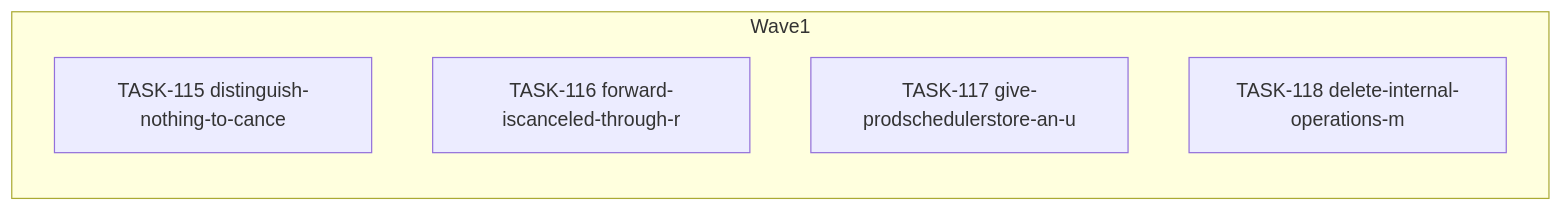
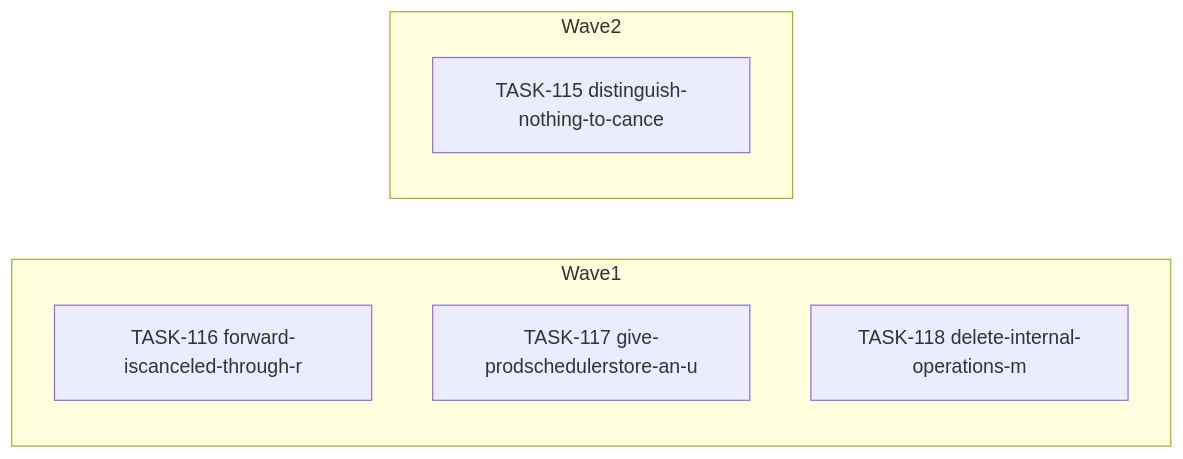
The diagram in docs/agent-tasks/todo-completion/operations/orchestration.md (falkcorp/audiobook-organizer), drawn with Mermaid before and after one commit. The commit also changed other lines of this file and 325 other files, not shown here.

````diff
--- a/docs/agent-tasks/todo-completion/operations/orchestration.md
+++ b/docs/agent-tasks/todo-completion/operations/orchestration.md
@@ -12,10 +12,12 @@
 ```mermaid
 flowchart LR
     subgraph Wave1
-      TASK115[TASK-115 distinguish-nothing-to-cance]
       TASK116[TASK-116 forward-iscanceled-through-r]
       TASK117[TASK-117 give-prodschedulerstore-an-u]
       TASK118[TASK-118 delete-internal-operations-m]
     end
+    subgraph Wave2
+      TASK115[TASK-115 distinguish-nothing-to-cance]
+    end
 
 ```
````
